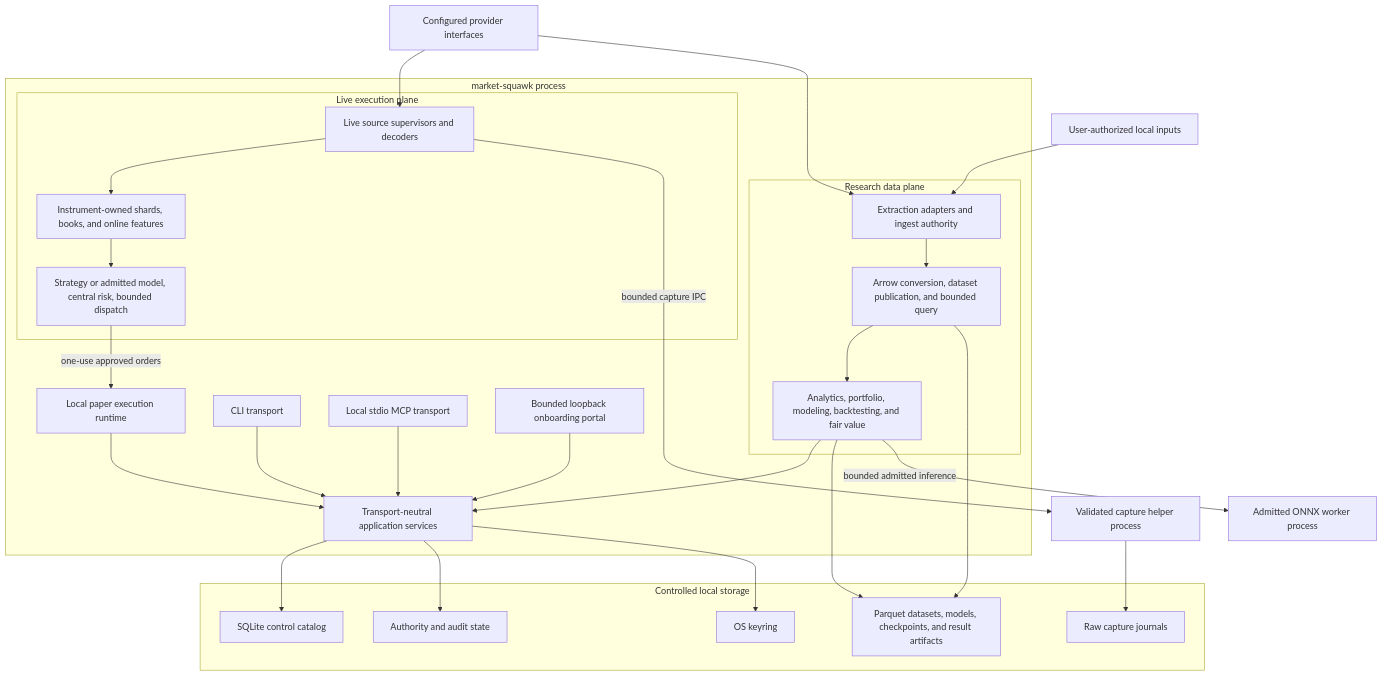
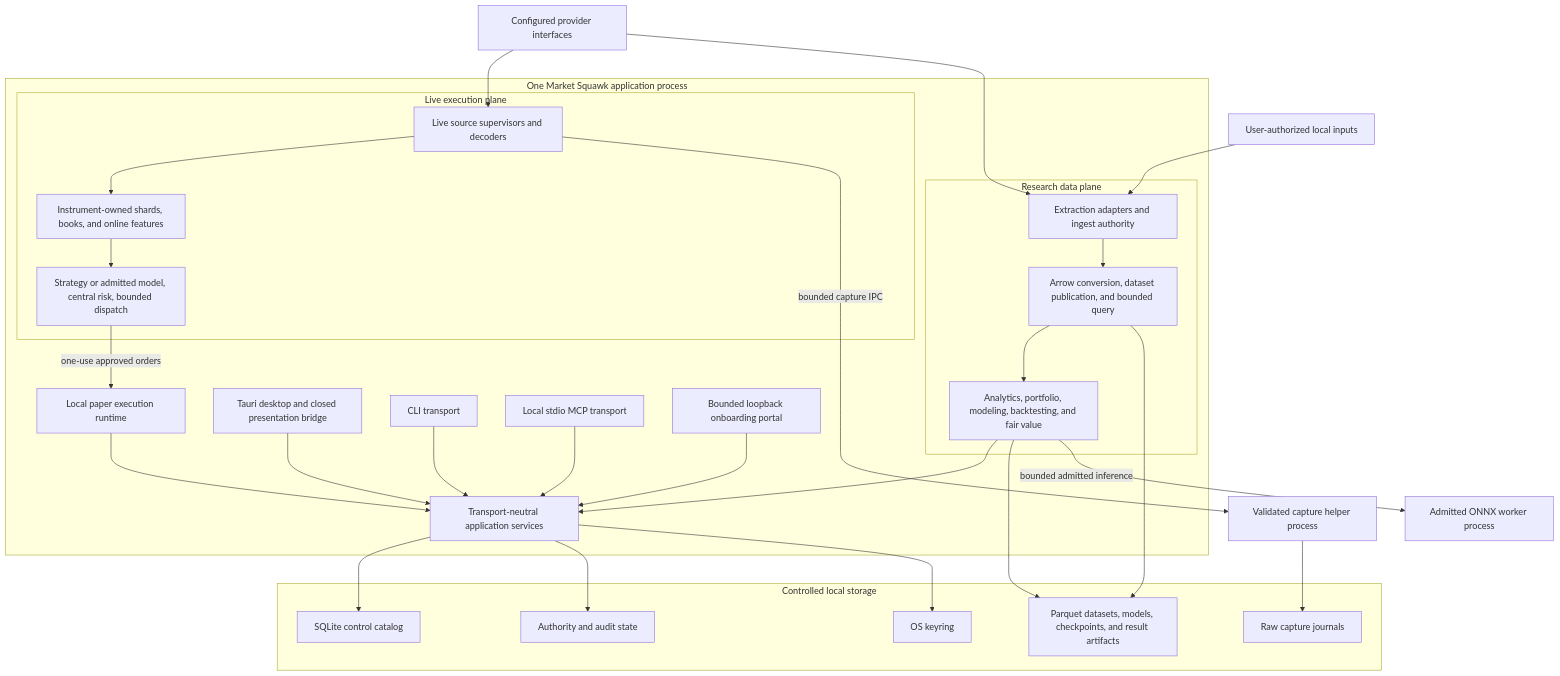
Before and after one commit to Sawmonabo/market-squawk: the second of 2 diagrams in docs/architecture/overview.md, drawn with Mermaid. The commit also changed other lines of this file and 16 other files, not shown here.

````diff
--- a/docs/architecture/overview.md
+++ b/docs/architecture/overview.md
@@ -140,58 +140,60 @@
 ```mermaid
 flowchart TB
-    subgraph ApplicationProcess["market-squawk process"]
+    subgraph ApplicationProcess["One Market Squawk application process"]
+        Desktop["Tauri desktop and closed presentation bridge"]
         Cli["CLI transport"]
         Mcp["Local stdio MCP transport"]
         Portal["Bounded loopback onboarding portal"]
         App["Transport-neutral application services"]
 
         subgraph Live["Live execution plane"]
             Sources["Live source supervisors and decoders"]
             Shards["Instrument-owned shards, books, and online features"]
             Decision["Strategy or admitted model, central risk, bounded dispatch"]
         end
 
         subgraph Research["Research data plane"]
             Extract["Extraction adapters and ingest authority"]
             Analytical["Arrow conversion, dataset publication, and bounded query"]
             ResearchConsumers["Analytics, portfolio, modeling, backtesting, and fair value"]
         end
 
         Paper["Local paper execution runtime"]
     end
 
     CaptureHelper["Validated capture helper process"]
     OnnxHelper["Admitted ONNX worker process"]
     ProviderInterfaces["Configured provider interfaces"]
     UserInputs["User-authorized local inputs"]
 
     subgraph Stores["Controlled local storage"]
         Catalog["SQLite control catalog"]
         Control["Authority and audit state"]
         Journals["Raw capture journals"]
         Artifacts["Parquet datasets, models, checkpoints, and result artifacts"]
         Secrets["OS keyring"]
     end
 
+    Desktop --> App
     Cli --> App
     Mcp --> App
     Portal --> App
     ProviderInterfaces --> Sources
     ProviderInterfaces --> Extract
     UserInputs --> Extract
     Sources --> Shards
     Shards --> Decision
     Decision -->|"one-use approved orders"| Paper
     Extract --> Analytical
     Analytical --> ResearchConsumers
     ResearchConsumers --> App
     Paper --> App
     App --> Catalog
     App --> Control
     Sources -->|"bounded capture IPC"| CaptureHelper
     CaptureHelper --> Journals
     Analytical --> Artifacts
     ResearchConsumers --> Artifacts
     App --> Secrets
     ResearchConsumers -->|"bounded admitted inference"| OnnxHelper
 ```
````
